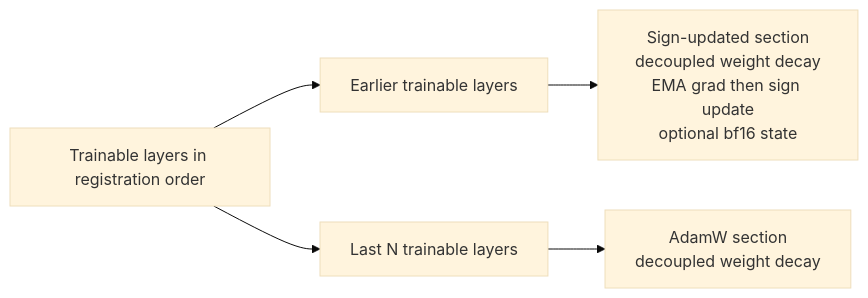
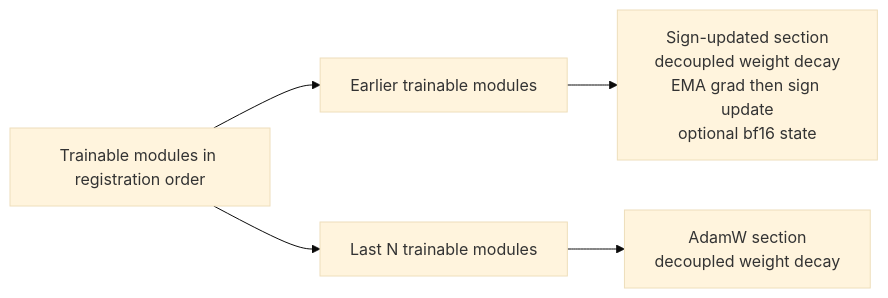
Before and after one commit to smturtle2/stac-optimizer: the diagram in README.md, drawn with Mermaid (base theme). The commit also changed other lines of this file and 10 other files, not shown here.

Commit message:
Rename STAC split units to trainable modules

````diff
--- a/README.md
+++ b/README.md
@@ -27,7 +27,7 @@
 ```mermaid
 flowchart LR
-    A[Trainable layers in registration order] --> B[Earlier trainable layers]
-    A --> C[Last N trainable layers]
+    A[Trainable modules in registration order] --> B[Earlier trainable modules]
+    A --> C[Last N trainable modules]
     B --> D[Sign-updated section<br/>decoupled weight decay<br/>EMA grad then sign update<br/>optional bf16 state]
     C --> E[AdamW section<br/>decoupled weight decay]
 ```
````
